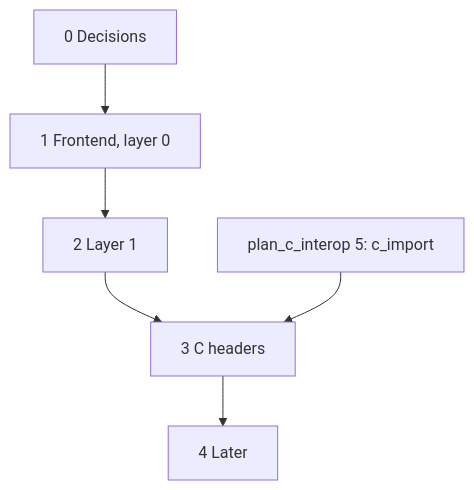
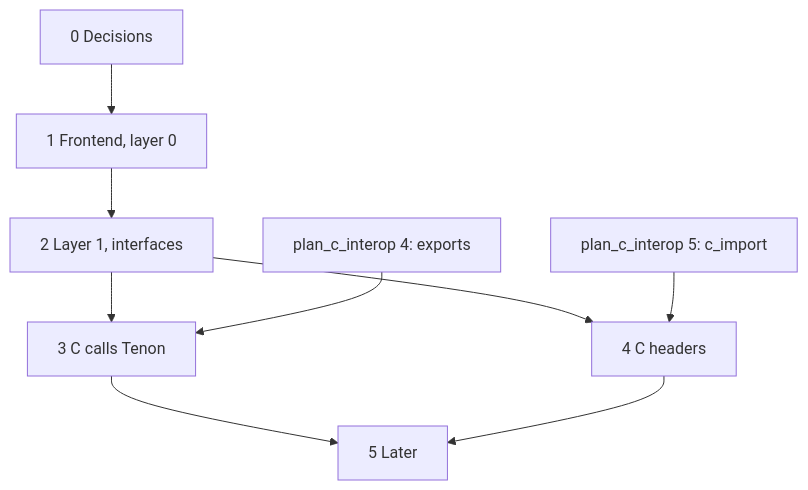
The second of 2 diagrams in oymo/docs/plan_tenon.md (tapl-org/tapl), drawn with Mermaid before and after one commit. The commit also changed other lines of this file and 3 other files, not shown here.

Commit message:
docs: update plans and roadmap with release milestones and phase details

````diff
--- a/oymo/docs/plan_tenon.md
+++ b/oymo/docs/plan_tenon.md
@@ -208,8 +248,11 @@
 ```mermaid
 flowchart TD
   P0["0 Decisions"] --> P1["1 Frontend, layer 0"]
-  P1 --> P2["2 Layer 1"]
-  P2 --> P3["3 C headers"]
-  CI5["plan_c_interop 5: c_import"] --> P3
-  P3 --> P4["4 Later"]
+  P1 --> P2["2 Layer 1, interfaces"]
+  P2 --> P3["3 C calls Tenon"]
+  CI4["plan_c_interop 4: exports"] --> P3
+  P2 --> P4["4 C headers"]
+  CI5["plan_c_interop 5: c_import"] --> P4
+  P3 --> P5["5 Later"]
+  P4 --> P5
 ```
````
